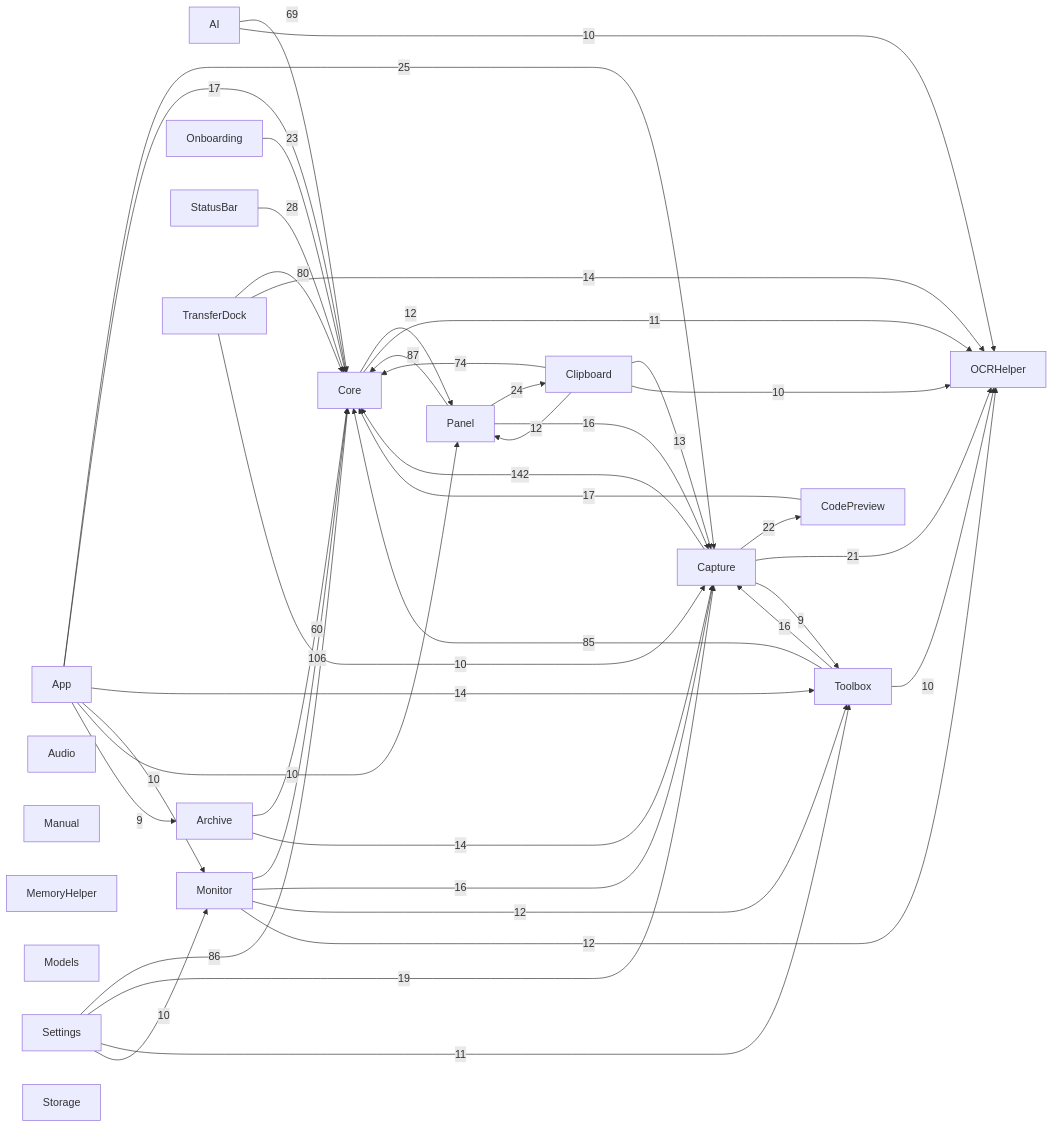
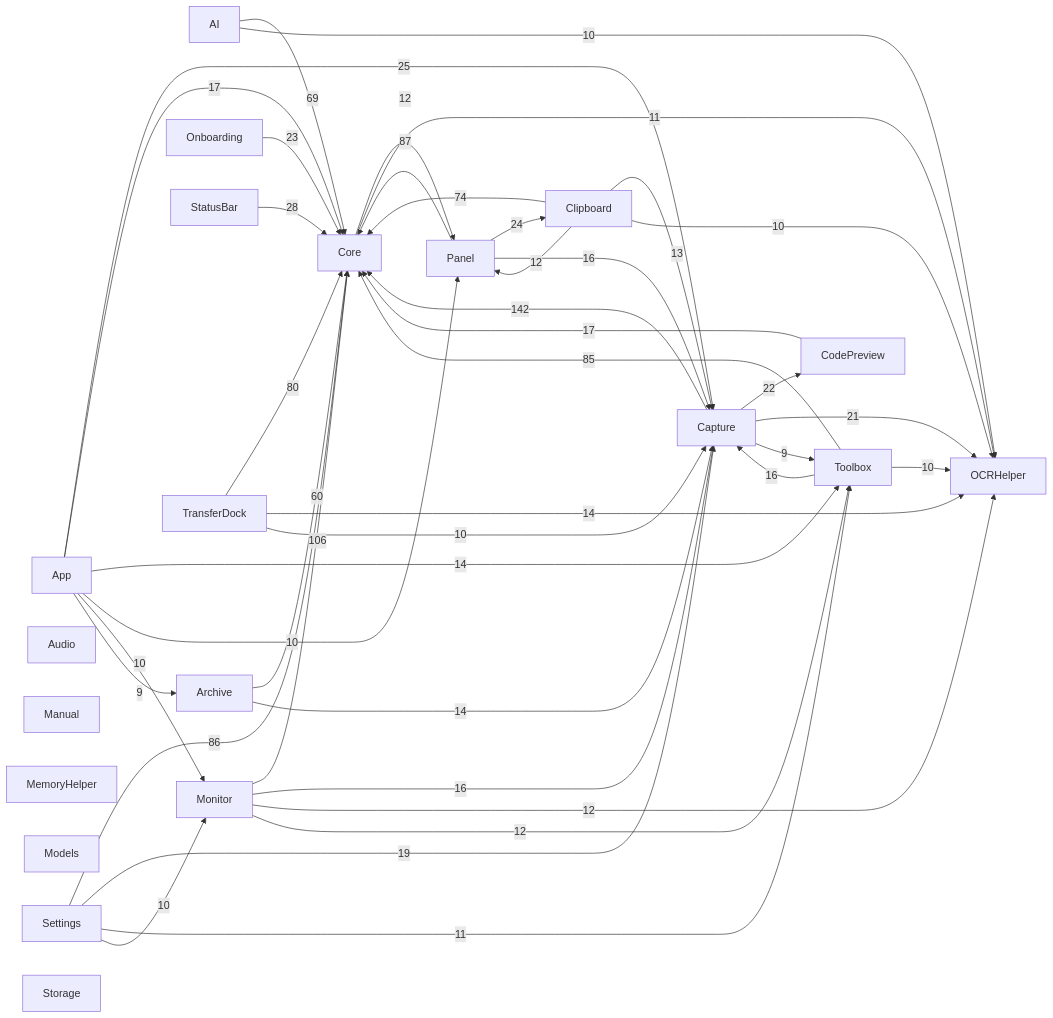
Before and after one commit to sxyq/Kitnest: the diagram in docs/00-总览/模块依赖图.md, drawn with Mermaid. The commit also changed other lines of this file and 5 other files, not shown here.

````diff
--- a/docs/00-总览/模块依赖图.md
+++ b/docs/00-总览/模块依赖图.md
@@ -34,63 +34,63 @@
 ```mermaid
 flowchart LR
   M0["AI"]
   M1["App"]
   M2["Archive"]
   M3["Audio"]
   M4["Capture"]
   M5["Clipboard"]
   M6["CodePreview"]
   M7["Core"]
   M8["Manual"]
   M9["MemoryHelper"]
   M10["Models"]
   M11["Monitor"]
   M12["OCRHelper"]
   M13["Onboarding"]
   M14["Panel"]
   M15["Settings"]
   M16["StatusBar"]
   M17["Storage"]
   M18["Toolbox"]
   M19["TransferDock"]
   M4 -->|142| M7
   M11 -->|106| M7
   M14 -->|87| M7
   M15 -->|86| M7
   M18 -->|85| M7
   M19 -->|80| M7
   M5 -->|74| M7
   M0 -->|69| M7
   M2 -->|60| M7
   M16 -->|28| M7
   M1 -->|25| M4
   M14 -->|24| M5
   M13 -->|23| M7
   M4 -->|22| M6
   M4 -->|21| M12
   M15 -->|19| M4
   M1 -->|17| M7
   M6 -->|17| M7
   M11 -->|16| M4
   M14 -->|16| M4
   M18 -->|16| M4
   M1 -->|14| M18
   M2 -->|14| M4
   M19 -->|14| M12
   M5 -->|13| M4
   M7 -->|12| M14
+  M11 -->|12| M12
   M11 -->|12| M18
-  M11 -->|12| M12
   M5 -->|12| M14
   M7 -->|11| M12
   M15 -->|11| M18
+  M1 -->|10| M14
   M1 -->|10| M11
-  M1 -->|10| M14
   M15 -->|10| M11
   M0 -->|10| M12
   M18 -->|10| M12
   M19 -->|10| M4
   M5 -->|10| M12
   M1 -->|9| M2
   M4 -->|9| M18
 ```
````
